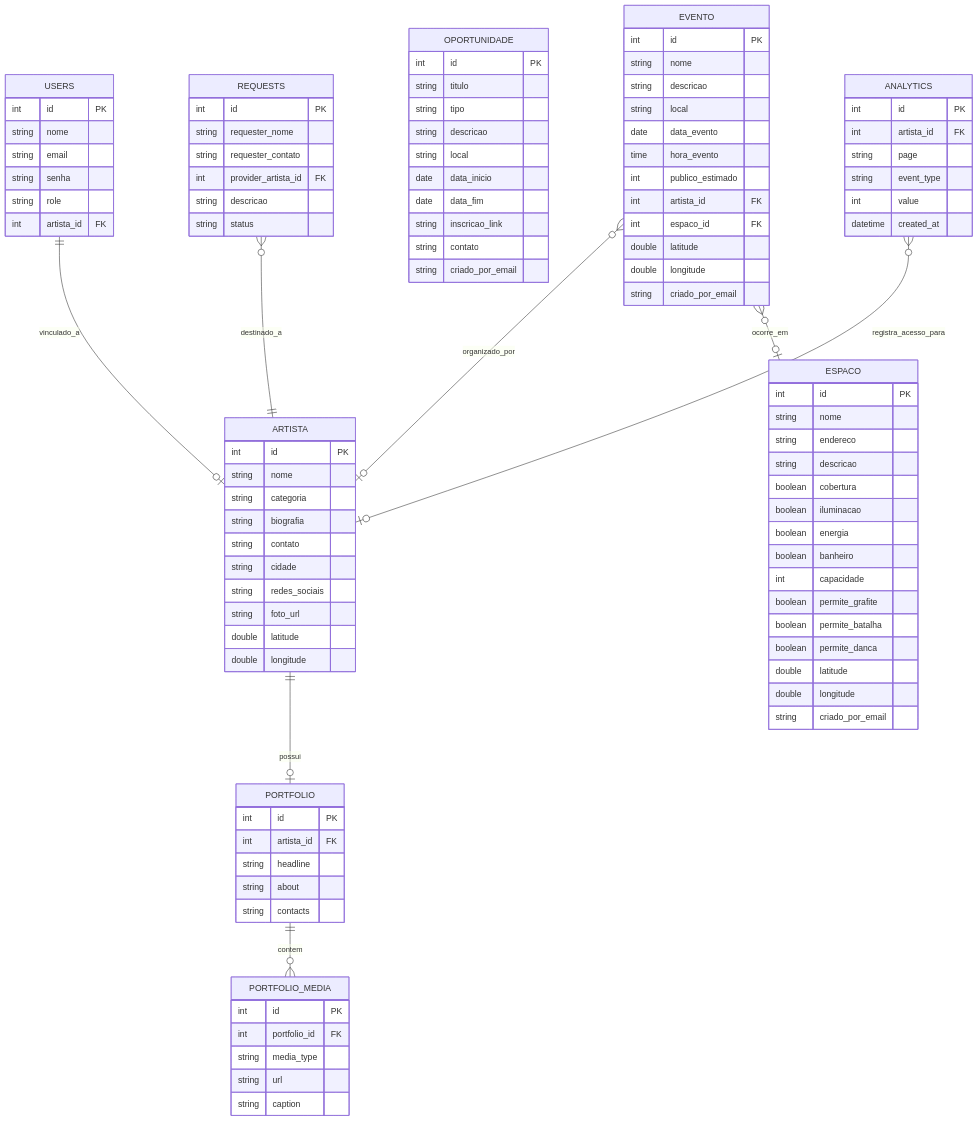
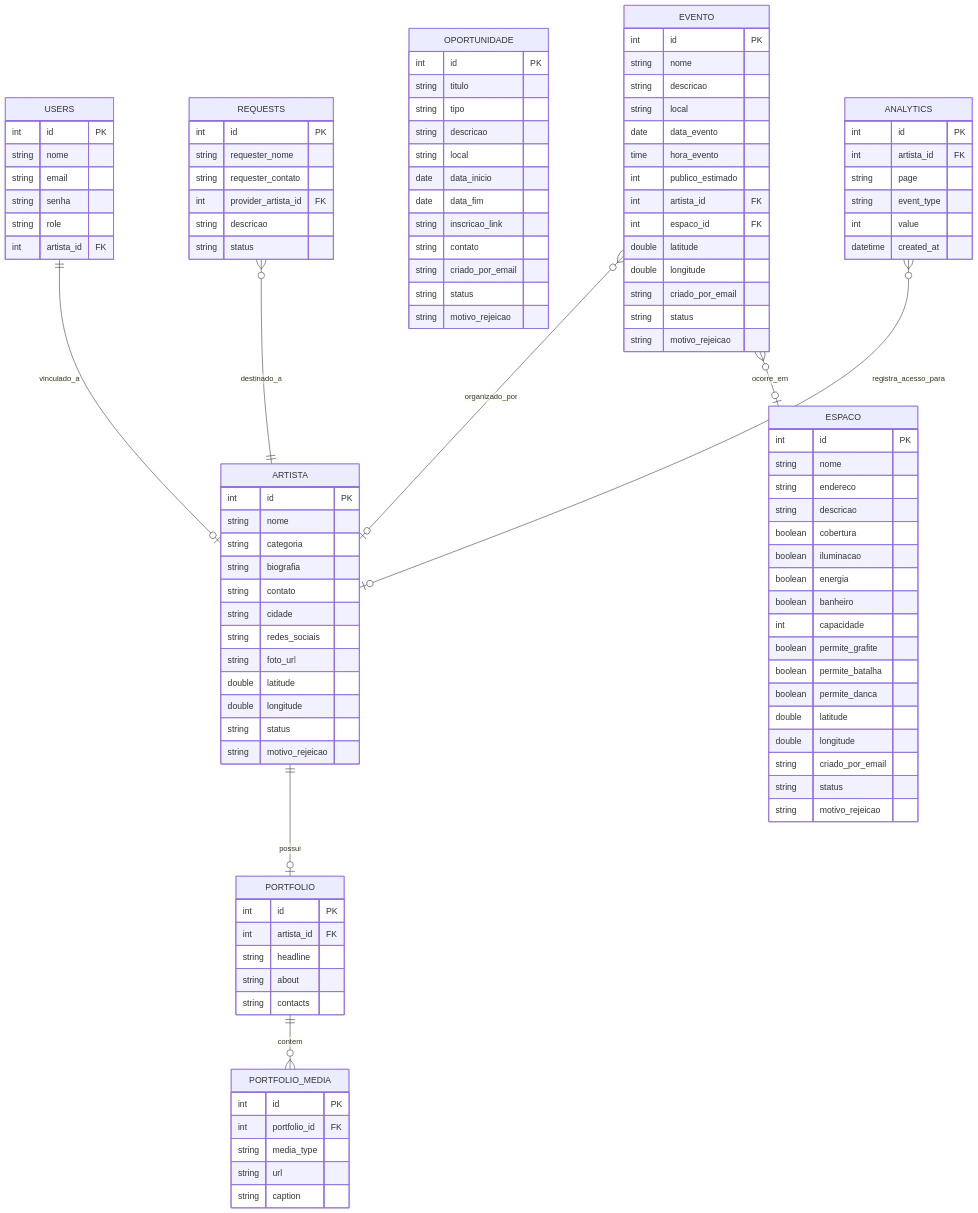
Before and after one commit to brunadoliveiraa/ocupa-frontend: the second of 2 diagrams in ARQUITETURA.md, drawn with Mermaid. The commit also changed other lines of this file and 9 other files, not shown here.

```diff
--- a/ARQUITETURA.md
+++ b/ARQUITETURA.md
@@ -75,6 +76,8 @@
         string foto_url
         double latitude
         double longitude
+        string status
+        string motivo_rejeicao
     }
     PORTFOLIO {
         int id PK
@@ -106,6 +109,8 @@
         double latitude
         double longitude
         string criado_por_email
+        string status
+        string motivo_rejeicao
     }
     EVENTO {
         int id PK
@@ -120,6 +125,8 @@
         double latitude
         double longitude
         string criado_por_email
+        string status
+        string motivo_rejeicao
     }
     OPORTUNIDADE {
         int id PK
@@ -132,6 +139,8 @@
         string inscricao_link
         string contato
         string criado_por_email
+        string status
+        string motivo_rejeicao
     }
     REQUESTS {
         int id PK
```
